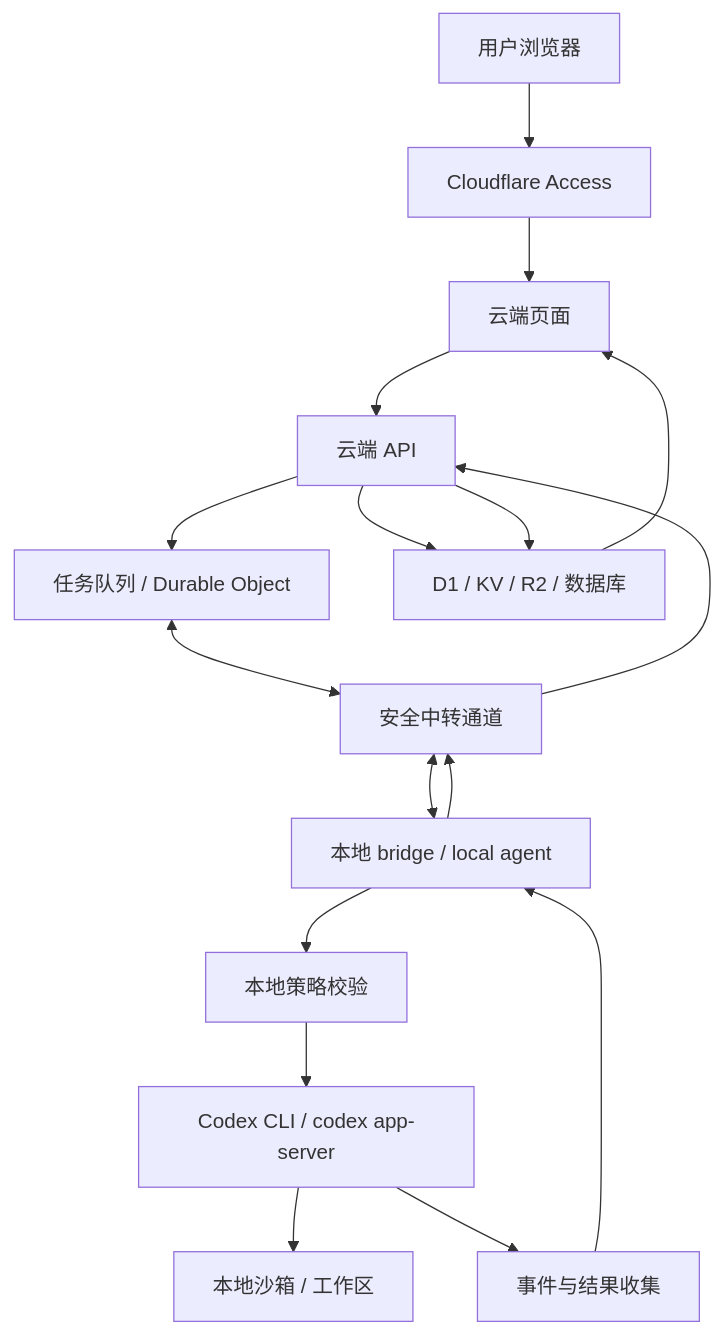
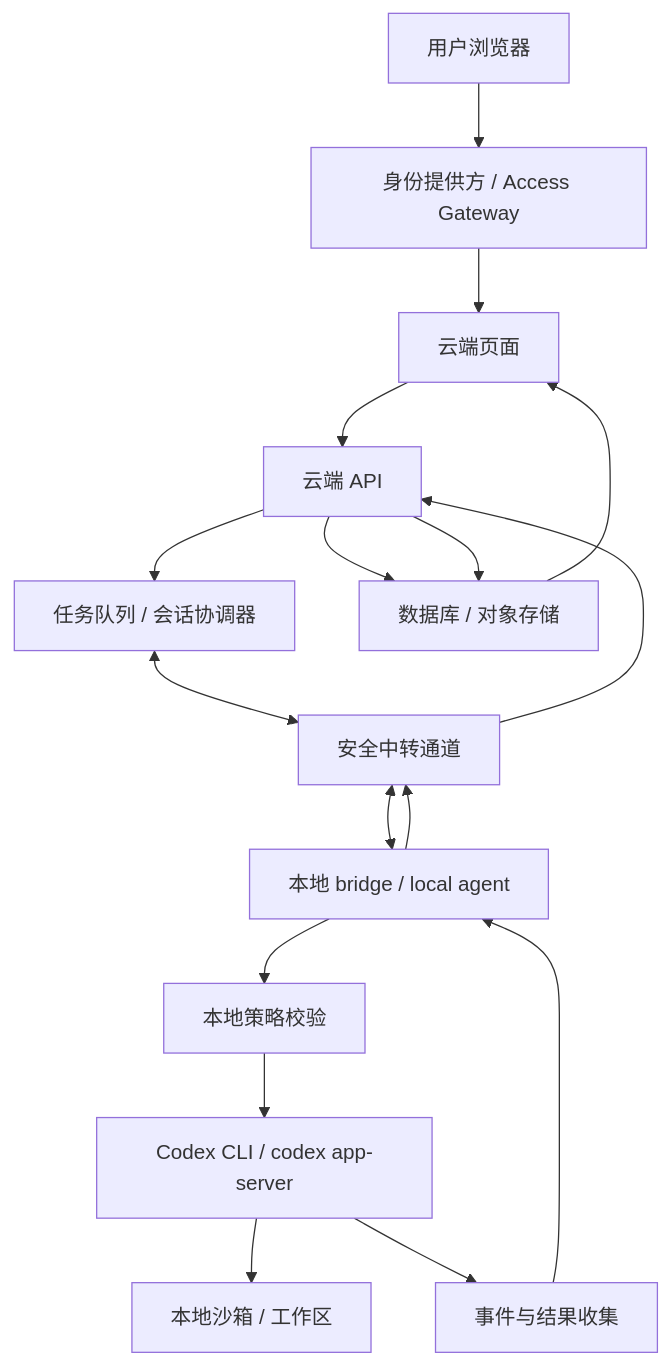
The diagram in README.md (Feini2002/cloud-to-local-codex-bridge), drawn with Mermaid before and after one commit. The commit also changed other lines of this file and 2 other files, not shown here.

Commit message:
Clarify platform-agnostic architecture

````diff
--- a/README.md
+++ b/README.md
@@ -46,19 +47,19 @@
 ```mermaid
 flowchart TD
-  Browser["用户浏览器"] --> Access["Cloudflare Access"]
+  Browser["用户浏览器"] --> Access["身份提供方 / Access Gateway"]
   Access --> Web["云端页面"]
   Web --> API["云端 API"]
-  API --> Queue["任务队列 / Durable Object"]
-  API --> DB["D1 / KV / R2 / 数据库"]
+  API --> Queue["任务队列 / 会话协调器"]
+  API --> DB["数据库 / 对象存储"]
   Queue <--> Relay["安全中转通道"]
   Relay <--> Bridge["本地 bridge / local agent"]
   Bridge --> Policy["本地策略校验"]
   Policy --> Codex["Codex CLI / codex app-server"]
   Codex --> Sandbox["本地沙箱 / 工作区"]
   Codex --> Collector["事件与结果收集"]
   Collector --> Bridge
   Bridge --> Relay
   Relay --> API
   API --> DB
   DB --> Web
 ```
````
